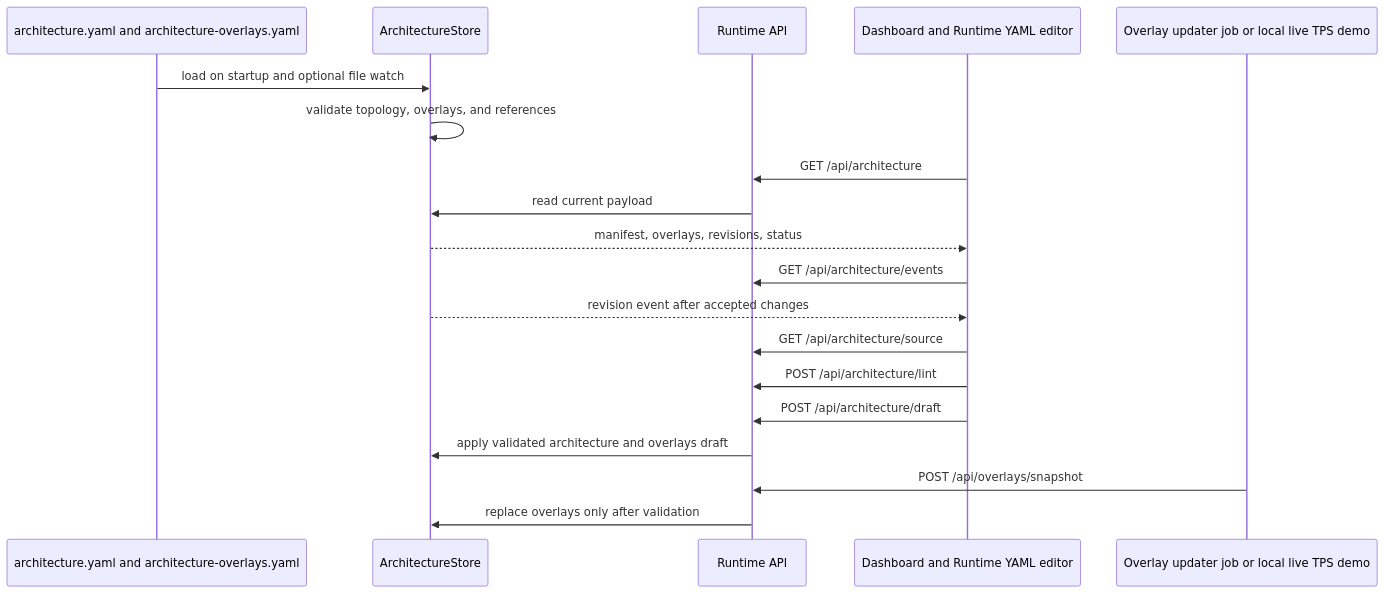
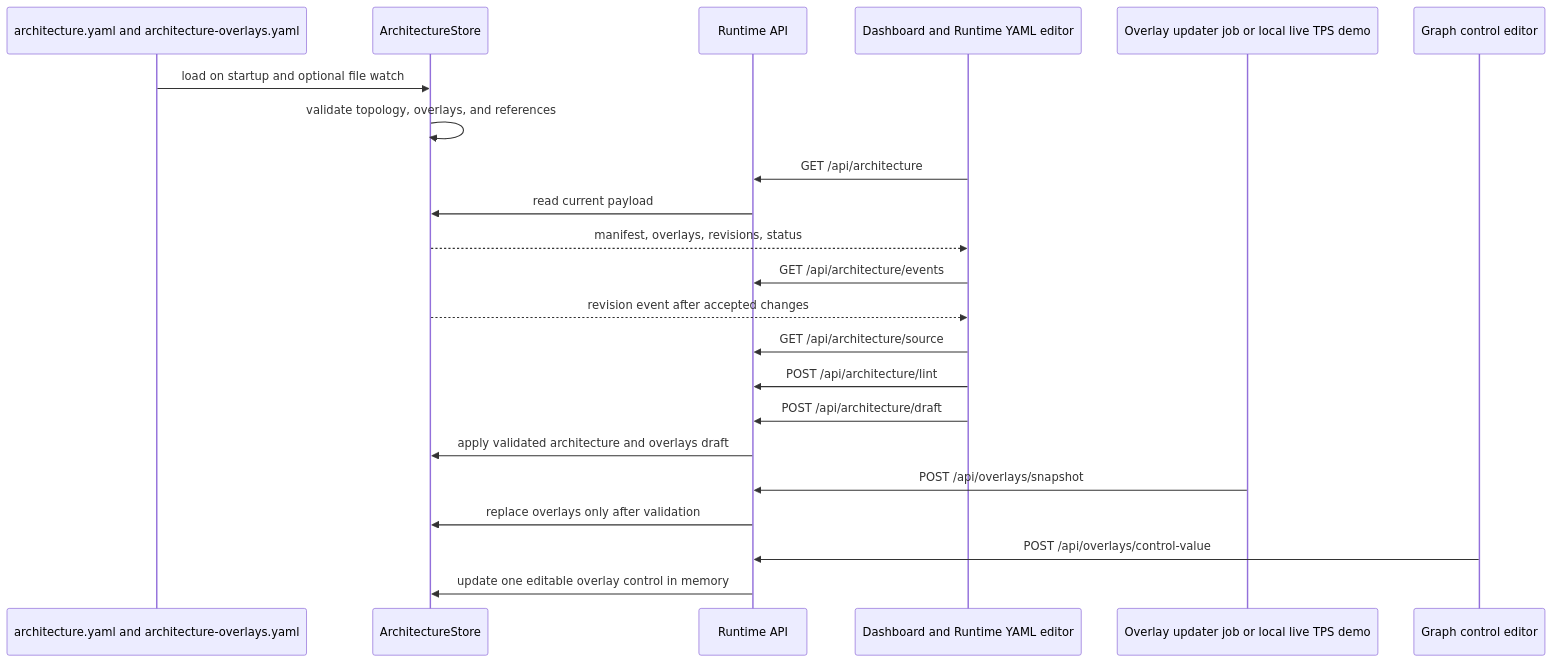
The diagram in README.md (camerondurham/data-pipeline-traffic-visualizer), drawn with Mermaid before and after one commit. The commit also changed other lines of this file and 23 other files, not shown here.

Commit message:
Add editable overlay controls

````diff
--- a/README.md
+++ b/README.md
@@ -35,22 +35,25 @@
 ```mermaid
 sequenceDiagram
   participant Files as architecture.yaml and architecture-overlays.yaml
   participant Store as ArchitectureStore
   participant API as Runtime API
   participant Browser as Dashboard and Runtime YAML editor
   participant Updater as Overlay updater job or local live TPS demo
+  participant Operator as Graph control editor
 
   Files->>Store: load on startup and optional file watch
   Store->>Store: validate topology, overlays, and references
   Browser->>API: GET /api/architecture
   API->>Store: read current payload
   Store-->>Browser: manifest, overlays, revisions, status
   Browser->>API: GET /api/architecture/events
   Store-->>Browser: revision event after accepted changes
   Browser->>API: GET /api/architecture/source
   Browser->>API: POST /api/architecture/lint
   Browser->>API: POST /api/architecture/draft
   API->>Store: apply validated architecture and overlays draft
   Updater->>API: POST /api/overlays/snapshot
   API->>Store: replace overlays only after validation
+  Operator->>API: POST /api/overlays/control-value
+  API->>Store: update one editable overlay control in memory
 ```
````
